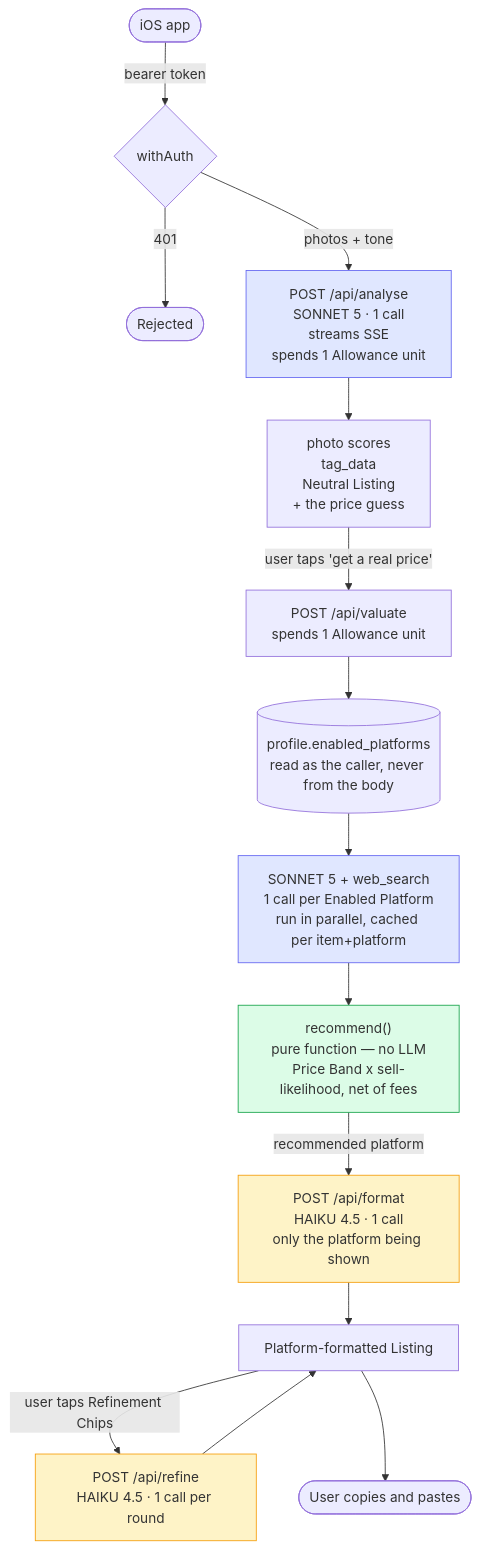
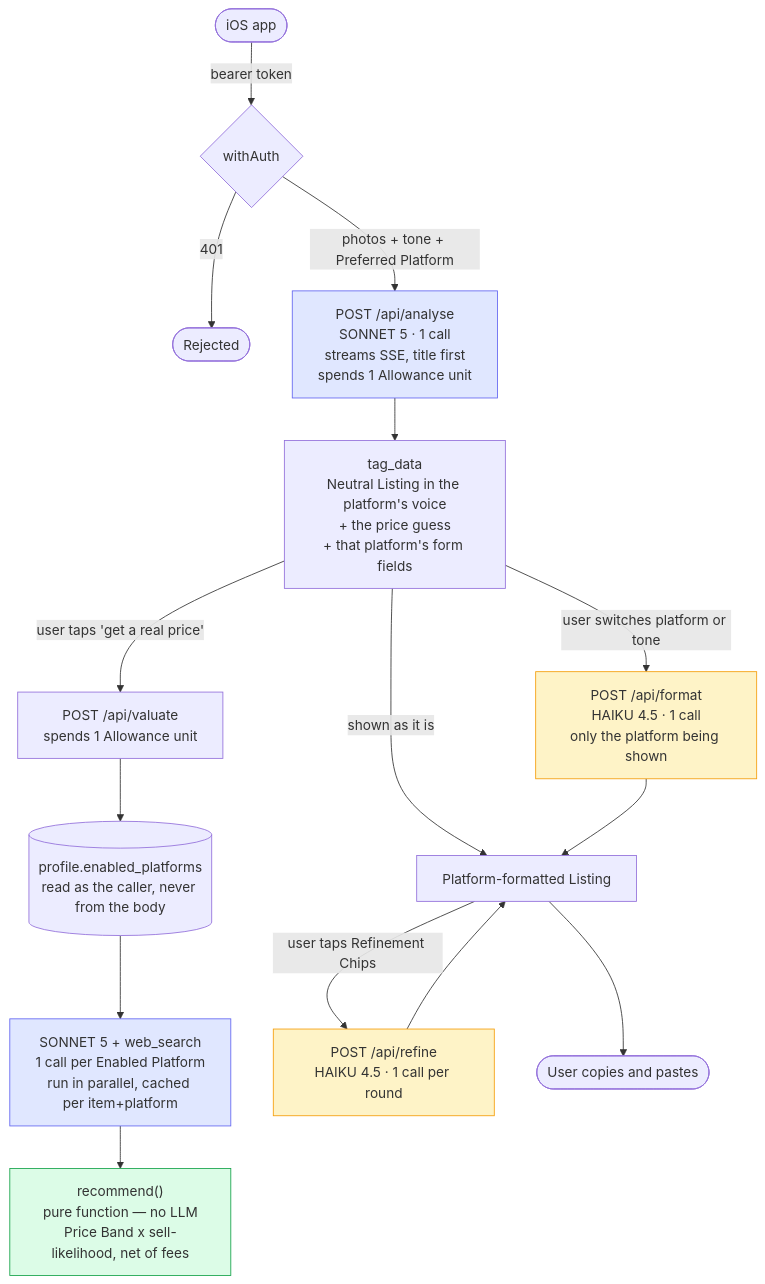
The diagram in ARCHITECTURE.md (jadaross/listd), drawn with Mermaid before and after one commit. The commit also changed other lines of this file and 14 other files, not shown here.

First line of the commit message:
feat: one call before the listing, and the title while it streams

````diff
--- a/ARCHITECTURE.md
+++ b/ARCHITECTURE.md
@@ -10,26 +10,27 @@
 ```mermaid
 flowchart TD
     User([iOS app]) -->|bearer token| Auth{withAuth}
     Auth -->|401| Reject([Rejected])
 
-    Auth -->|photos + tone| Analyse["POST /api/analyse<br/>SONNET 5 · 1 call<br/>streams SSE<br/>spends 1 Allowance unit"]
-    Analyse --> Neutral["photo scores<br/>tag_data<br/>Neutral Listing<br/>+ the price guess"]
+    Auth -->|photos + tone + Preferred Platform| Analyse["POST /api/analyse<br/>SONNET 5 · 1 call<br/>streams SSE, title first<br/>spends 1 Allowance unit"]
+    Analyse --> Neutral["tag_data<br/>Neutral Listing in the platform's voice<br/>+ the price guess<br/>+ that platform's form fields"]
 
     Neutral -->|"user taps 'get a real price'"| Valuate["POST /api/valuate<br/>spends 1 Allowance unit"]
     Valuate --> Profile[("profile.enabled_platforms<br/>read as the caller, never from the body")]
     Profile --> Bands["SONNET 5 + web_search<br/>1 call per Enabled Platform<br/>run in parallel, cached per item+platform"]
     Bands --> Recommend["recommend()<br/>pure function — no LLM<br/>Price Band x sell-likelihood, net of fees"]
 
-    Recommend -->|recommended platform| Format["POST /api/format<br/>HAIKU 4.5 · 1 call<br/>only the platform being shown"]
+    Neutral -->|shown as it is| Listing
+    Neutral -->|user switches platform or tone| Format["POST /api/format<br/>HAIKU 4.5 · 1 call<br/>only the platform being shown"]
     Format --> Listing[Platform-formatted Listing]
 
     Listing -->|user taps Refinement Chips| Refine["POST /api/refine<br/>HAIKU 4.5 · 1 call per round"]
     Refine --> Listing
     Listing --> Copy([User copies and pastes])
 
     style Analyse fill:#e0e7ff,stroke:#6366f1
     style Bands fill:#e0e7ff,stroke:#6366f1
     style Format fill:#fef3c7,stroke:#f59e0b
     style Refine fill:#fef3c7,stroke:#f59e0b
     style Recommend fill:#dcfce7,stroke:#16a34a
 ```
````
